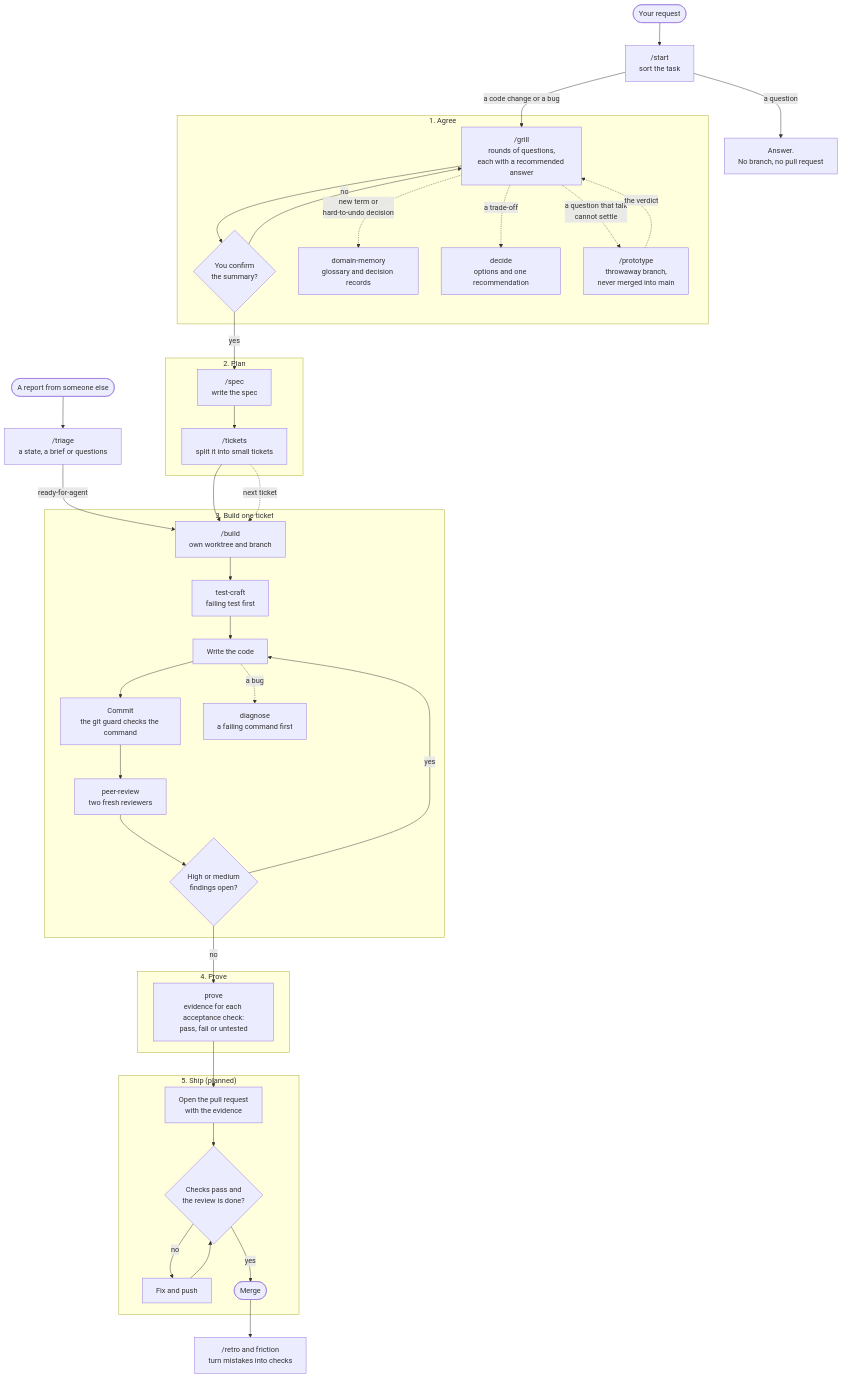
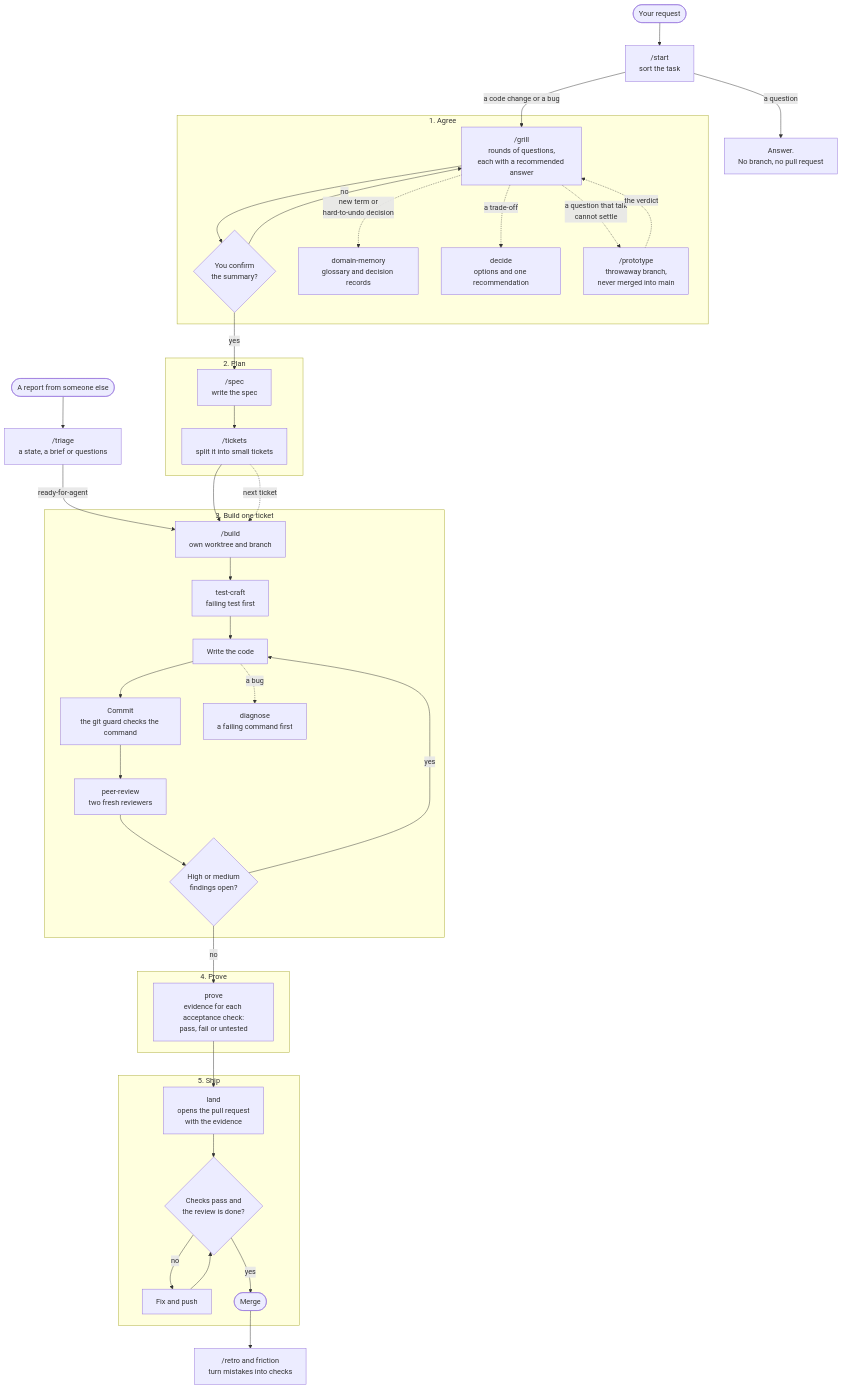
Before and after one commit to serhii12/sstack: the diagram in README.md, drawn with Mermaid. The commit also changed other lines of this file and 4 other files, not shown here.

First line of the commit message:
docs(land): name /land as the ship step and keep the merge gate hard

````diff
--- a/README.md
+++ b/README.md
@@ -9,53 +9,53 @@
 ```mermaid
 flowchart TD
   T(["Your request"]) --> S["/start<br/>sort the task"]
   TR(["A report from someone else"]) --> TG["/triage<br/>a state, a brief or questions"]
   TG -->|"ready-for-agent"| B
   S -->|"a question"| A["Answer.<br/>No branch, no pull request"]
   S -->|"a code change or a bug"| G
 
   subgraph P1["1. Agree"]
     G["/grill<br/>rounds of questions,<br/>each with a recommended answer"] --> C{"You confirm<br/>the summary?"}
     C -->|"no"| G
     G -.->|"new term or<br/>hard-to-undo decision"| DM["domain-memory<br/>glossary and decision records"]
     G -.->|"a trade-off"| D["decide<br/>options and one recommendation"]
     G -.->|"a question that talk<br/>cannot settle"| PT["/prototype<br/>throwaway branch,<br/>never merged into main"]
     PT -.->|"the verdict"| G
   end
 
   C -->|"yes"| SP
 
   subgraph P2["2. Plan"]
     SP["/spec<br/>write the spec"] --> TK["/tickets<br/>split it into small tickets"]
   end
 
   TK --> B
 
   subgraph P3["3. Build one ticket"]
     B["/build<br/>own worktree and branch"] --> TC["test-craft<br/>failing test first"]
     TC --> CODE["Write the code"]
     CODE --> CM["Commit<br/>the git guard checks the command"]
     CM --> PR["peer-review<br/>two fresh reviewers"]
     PR --> F{"High or medium<br/>findings open?"}
     F -->|"yes"| CODE
     CODE -.->|"a bug"| DG["diagnose<br/>a failing command first"]
   end
 
   F -->|"no"| PV
 
   subgraph P4["4. Prove"]
     PV["prove<br/>evidence for each acceptance check:<br/>pass, fail or untested"]
   end
 
   PV --> SH
 
-  subgraph P5["5. Ship (planned)"]
-    SH["Open the pull request<br/>with the evidence"] --> MG{"Checks pass and<br/>the review is done?"}
+  subgraph P5["5. Ship"]
+    SH["land<br/>opens the pull request<br/>with the evidence"] --> MG{"Checks pass and<br/>the review is done?"}
     MG -->|"no"| FX["Fix and push"]
     FX --> MG
     MG -->|"yes"| M(["Merge"])
   end
 
   M --> RT["/retro and friction<br/>turn mistakes into checks"]
   TK -.->|"next ticket"| B
 ```
````
